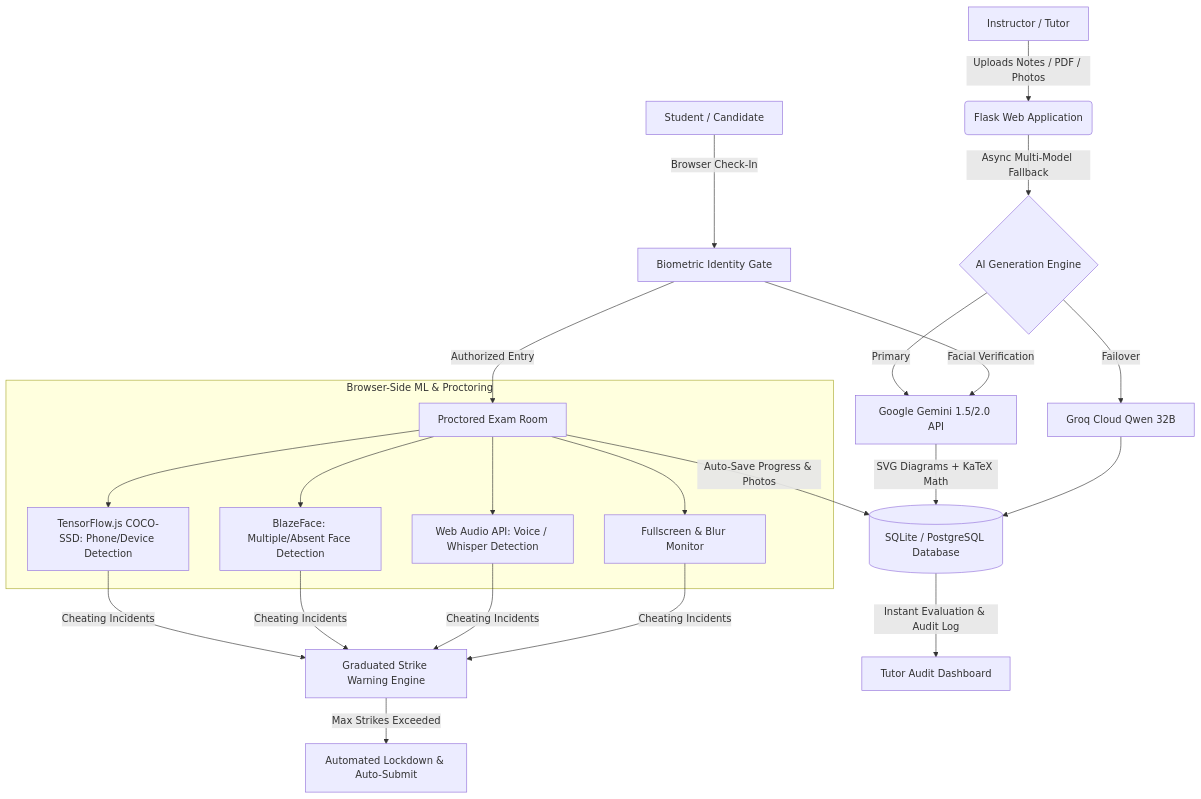
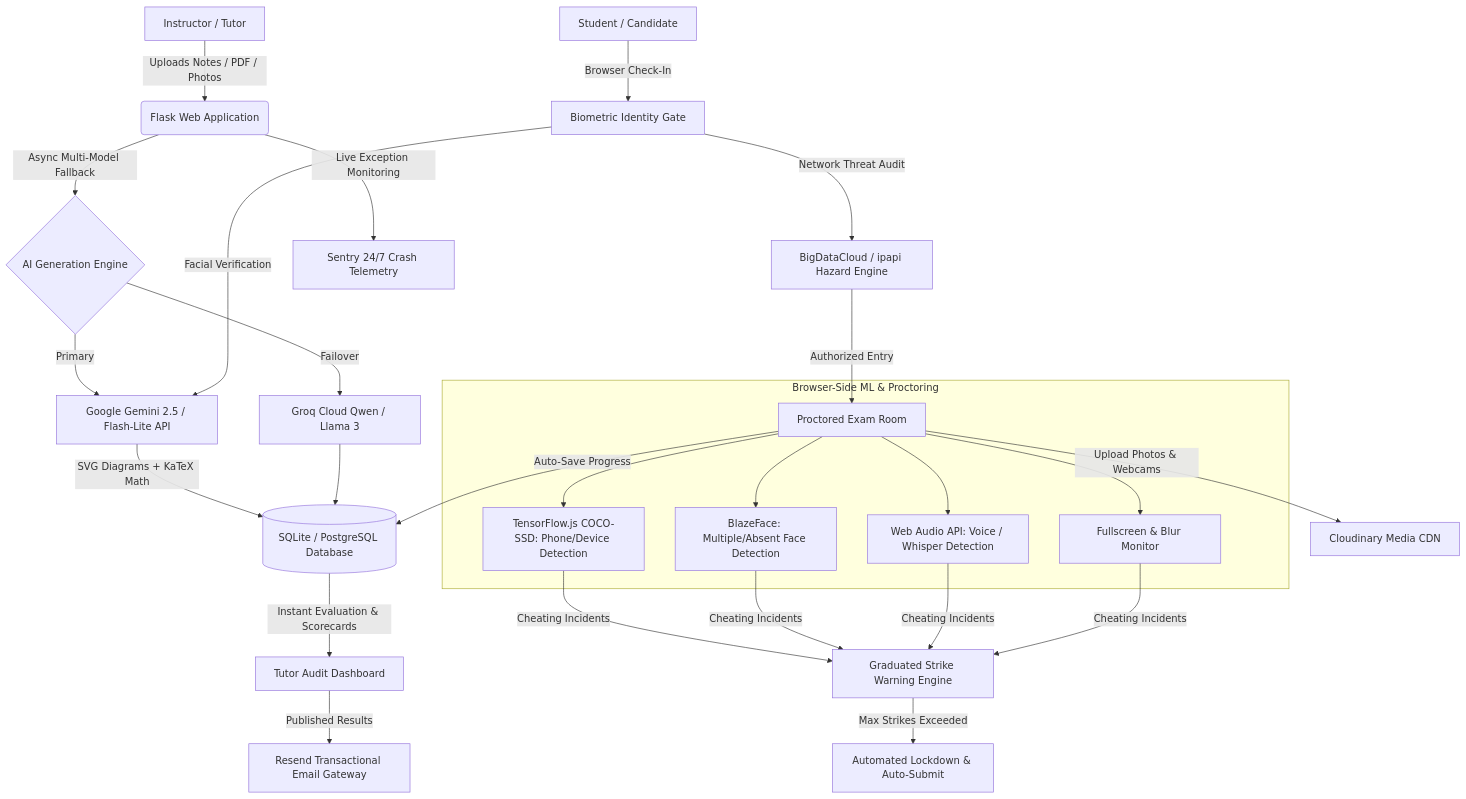
One commit to pinku-21/examguard-portfolio changed the diagram in README.md. Above: the diagram before and after it, drawn with Mermaid. The commit also changed other lines of this file, not shown here.

````diff
--- a/README.md
+++ b/README.md
@@ -25,25 +27,30 @@
 ```mermaid
 graph TD
     A[Instructor / Tutor] -->|Uploads Notes / PDF / Photos| B(Flask Web Application)
     B -->|Async Multi-Model Fallback| C{AI Generation Engine}
-    C -->|Primary| D[Google Gemini 1.5/2.0 API]
-    C -->|Failover| E[Groq Cloud Qwen 32B]
+    C -->|Primary| D[Google Gemini 2.5 / Flash-Lite API]
+    C -->|Failover| E[Groq Cloud Qwen / Llama 3]
     D -->|SVG Diagrams + KaTeX Math| F[(SQLite / PostgreSQL Database)]
     E --> F
     
     G[Student / Candidate] -->|Browser Check-In| H[Biometric Identity Gate]
     H -->|Facial Verification| D
-    H -->|Authorized Entry| I[Proctored Exam Room]
+    H -->|Network Threat Audit| I[BigDataCloud / ipapi Hazard Engine]
+    I -->|Authorized Entry| J[Proctored Exam Room]
     
     subgraph Browser-Side ML & Proctoring
-        I --> J[TensorFlow.js COCO-SSD: Phone/Device Detection]
-        I --> K[BlazeFace: Multiple/Absent Face Detection]
-        I --> L[Web Audio API: Voice / Whisper Detection]
-        I --> M[Fullscreen & Blur Monitor]
+        J --> K[TensorFlow.js COCO-SSD: Phone/Device Detection]
+        J --> L[BlazeFace: Multiple/Absent Face Detection]
+        J --> M[Web Audio API: Voice / Whisper Detection]
+        J --> N[Fullscreen & Blur Monitor]
     end
     
-    J & K & L & M -->|Cheating Incidents| N[Graduated Strike Warning Engine]
-    N -->|Max Strikes Exceeded| O[Automated Lockdown & Auto-Submit]
-    I -->|Auto-Save Progress & Photos| F
-    F -->|Instant Evaluation & Audit Log| P[Tutor Audit Dashboard]
+    K & L & M & N -->|Cheating Incidents| O[Graduated Strike Warning Engine]
+    O -->|Max Strikes Exceeded| P[Automated Lockdown & Auto-Submit]
+    J -->|Upload Photos & Webcams| Q[Cloudinary Media CDN]
+    J -->|Auto-Save Progress| F
+    
+    F -->|Instant Evaluation & Scorecards| R[Tutor Audit Dashboard]
+    R -->|Published Results| S[Resend Transactional Email Gateway]
+    B -->|Live Exception Monitoring| T[Sentry 24/7 Crash Telemetry]
 ```
````
